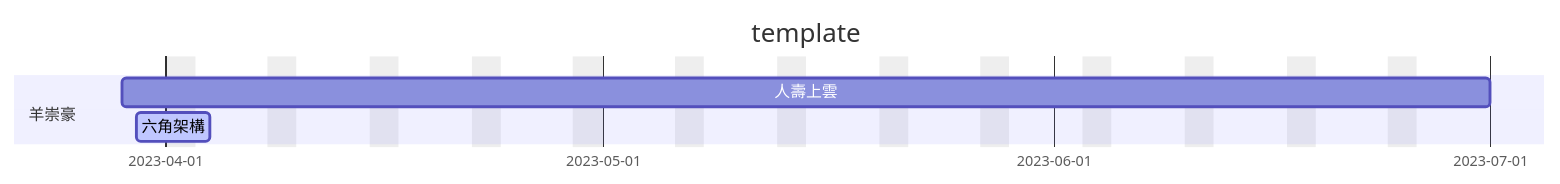
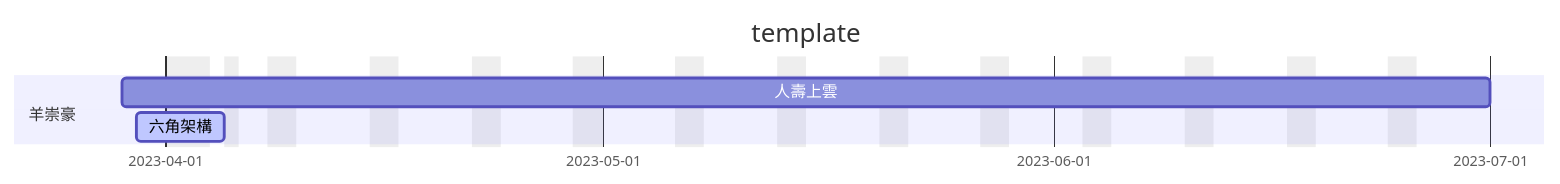
Before and after one commit to nevertomica/obsidian: the diagram in Hexagoal_TimeLine/timeline.md, drawn with Mermaid. The commit also changed 12 other files, not shown here.

````diff
--- a/Hexagoal_TimeLine/timeline.md
+++ b/Hexagoal_TimeLine/timeline.md
@@ -1,12 +1,12 @@
 ```mermaid
 gantt
 	dateFormat  YYYY-MM-DD
 	axisFormat %Y-%m-%d
 	tickInterval 1month
 	title template
-	excludes weekends
+	excludes weekends, 2023-04-03 ~ 2023-04-05
 
 	section 羊崇豪
 	人壽上雲: 2023-03-29, 2023-07-01
 	六角架構: active,2023-03-30, 3d
 ```
````
